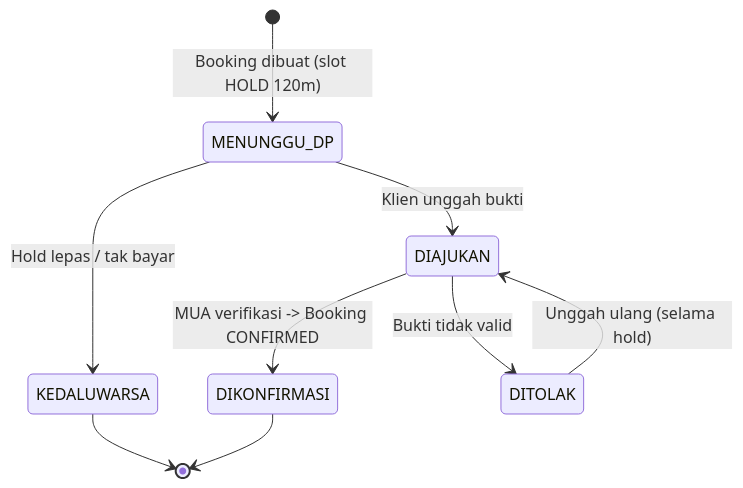
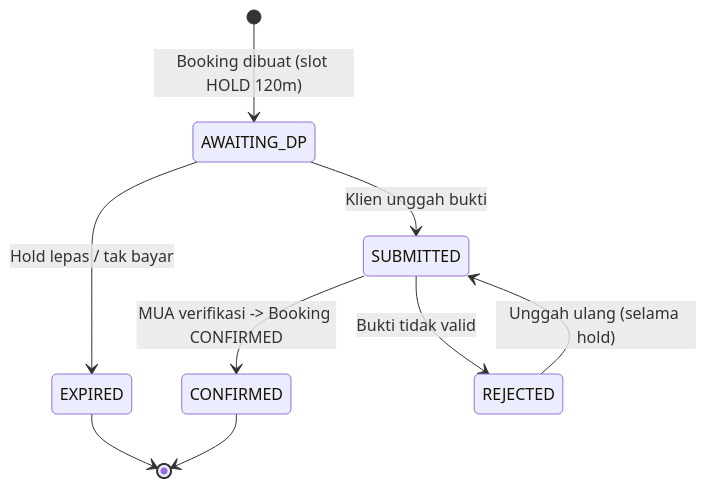
Before and after one commit to Marchelinoraco/mua: the diagram in docs/features/F06-pembayaran-klien-manual.md, drawn with Mermaid. The commit also changed other lines of this file and 339 other files, not shown here.

````diff
--- a/docs/features/F06-pembayaran-klien-manual.md
+++ b/docs/features/F06-pembayaran-klien-manual.md
@@ -37,11 +37,11 @@
 ```mermaid
 stateDiagram-v2
-  [*] --> MENUNGGU_DP: Booking dibuat (slot HOLD 120m)
-  MENUNGGU_DP --> DIAJUKAN: Klien unggah bukti
-  MENUNGGU_DP --> KEDALUWARSA: Hold lepas / tak bayar
-  DIAJUKAN --> DIKONFIRMASI: MUA verifikasi -> Booking CONFIRMED
-  DIAJUKAN --> DITOLAK: Bukti tidak valid
-  DITOLAK --> DIAJUKAN: Unggah ulang (selama hold)
-  KEDALUWARSA --> [*]
-  DIKONFIRMASI --> [*]
+  [*] --> AWAITING_DP: Booking dibuat (slot HOLD 120m)
+  AWAITING_DP --> SUBMITTED: Klien unggah bukti
+  AWAITING_DP --> EXPIRED: Hold lepas / tak bayar
+  SUBMITTED --> CONFIRMED: MUA verifikasi -> Booking CONFIRMED
+  SUBMITTED --> REJECTED: Bukti tidak valid
+  REJECTED --> SUBMITTED: Unggah ulang (selama hold)
+  EXPIRED --> [*]
+  CONFIRMED --> [*]
 ```
````
